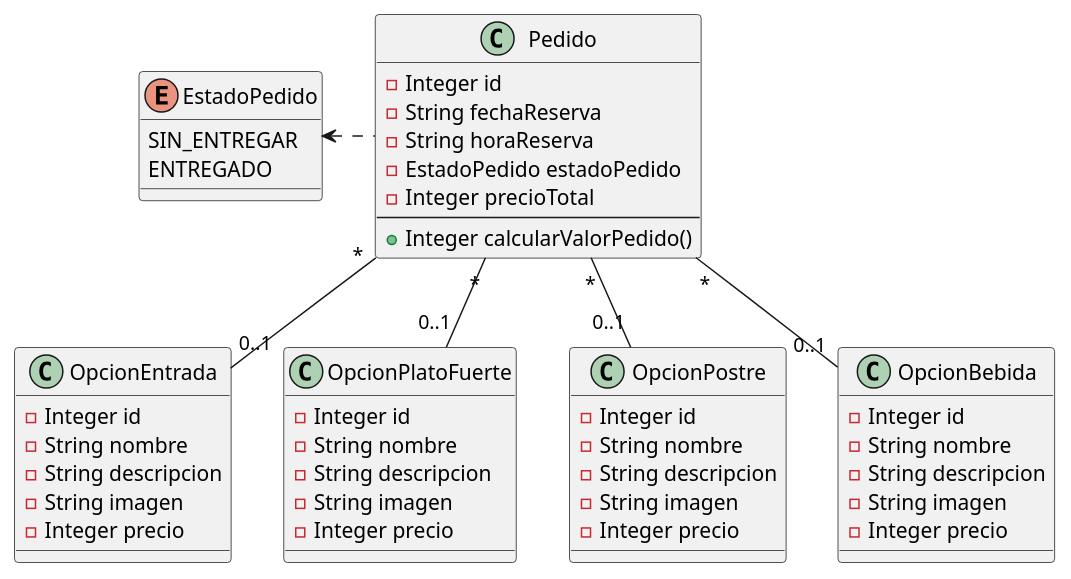
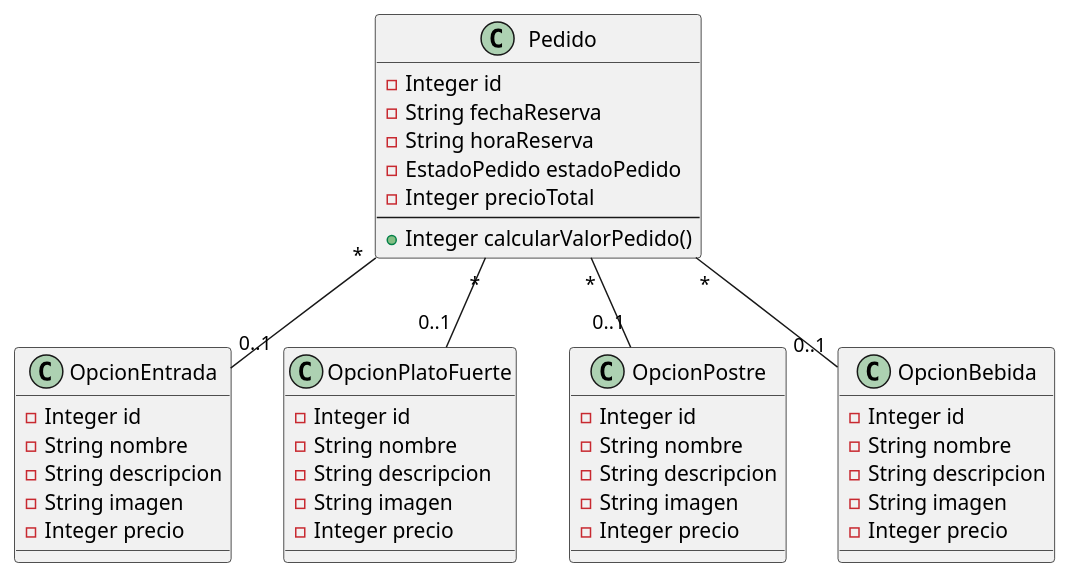
The diagram in doc/diagrama_clases.puml (JCataRM/proyectoCiclo3), drawn with PlantUML before and after one commit. The commit also changed 72 other files, not shown here.

```diff
--- a/doc/diagrama_clases.puml
+++ b/doc/diagrama_clases.puml
@@ -1,52 +1,47 @@
 @startuml "Diagrama de Clases"
 
 class Pedido {
     - Integer id
     - String fechaReserva
     - String horaReserva
     - EstadoPedido estadoPedido
     - Integer precioTotal 
     --
     + Integer calcularValorPedido()
 }
 class OpcionEntrada{
     - Integer id
     - String nombre
     - String descripcion
     - String imagen
     - Integer precio
 }
 class OpcionPlatoFuerte{
     - Integer id
     - String nombre
     - String descripcion
     - String imagen
     - Integer precio
 }
 class OpcionPostre{
     - Integer id
     - String nombre
     - String descripcion
     - String imagen
     - Integer precio
 }
 class OpcionBebida{
     - Integer id
     - String nombre
     - String descripcion
     - String imagen
     - Integer precio
 }
 
-enum EstadoPedido{
-    SIN_ENTREGAR
-    ENTREGADO
-}
 
 Pedido "*" -- "0..1" OpcionEntrada
 Pedido "*" -- "0..1" OpcionPlatoFuerte
 Pedido "*" -- "0..1" OpcionPostre
 Pedido "*" -- "0..1" OpcionBebida
-Pedido .left.> EstadoPedido
 
 @enduml
```
